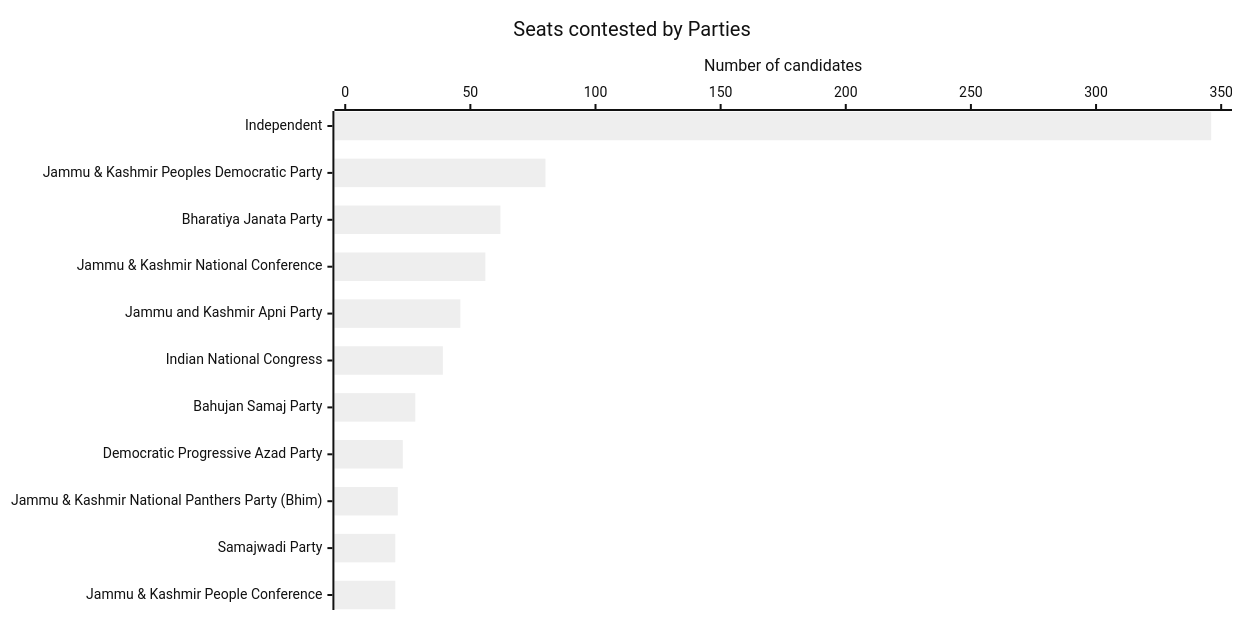
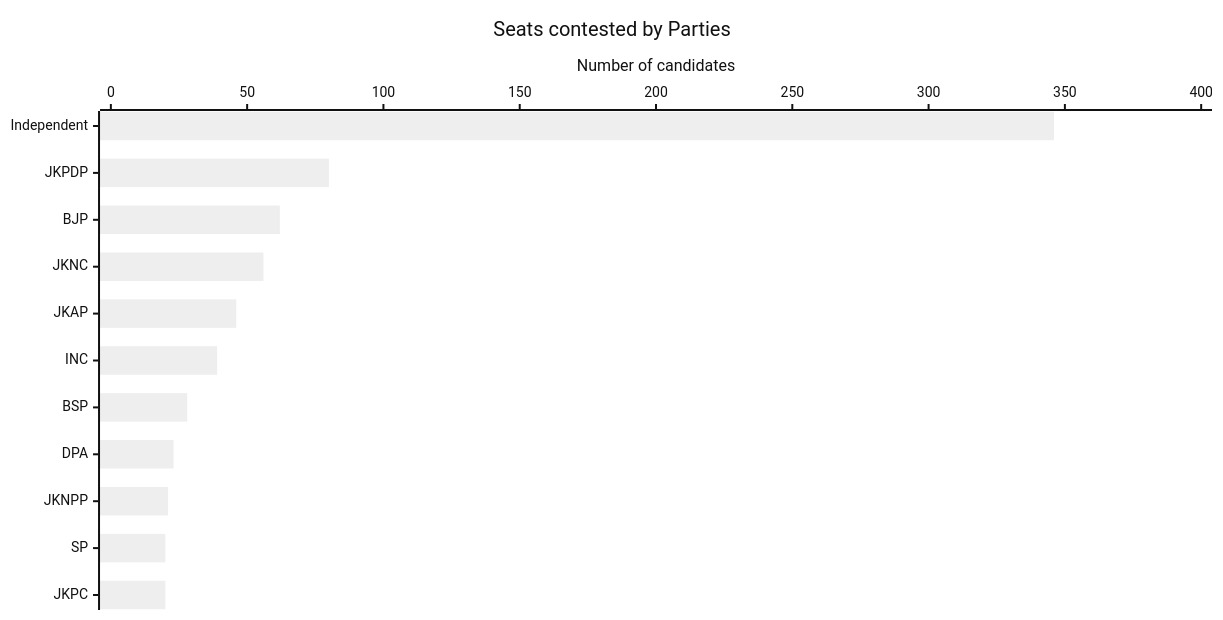
The first of 19 diagrams in J&K-GRAPH.md (arjunswaj/elections), drawn with Mermaid (neutral theme) before and after one commit. The commit also changed other lines of this file, not shown here.

Commit message:
Update the graph titles

````diff
--- a/J&K-GRAPH.md
+++ b/J&K-GRAPH.md
@@ -49,14 +49,14 @@
 ```mermaid
 ---
 config:
     xyChart:
         width: 1200
         height: 600
         chartOrientation: horizontal
 ---
 xychart-beta
     title "Seats contested by Parties"
-    x-axis ["Independent", "Jammu & Kashmir Peoples Democratic Party", "Bharatiya Janata Party", "Jammu & Kashmir National Conference", "Jammu and Kashmir Apni Party", "Indian National Congress", "Bahujan Samaj Party", "Democratic Progressive Azad Party", "Jammu & Kashmir National Panthers Party (Bhim)", "Samajwadi Party", "Jammu & Kashmir People Conference"]
-    y-axis "Number of candidates" 0 --> 350
+    x-axis ["Independent", "JKPDP", "BJP", "JKNC", "JKAP", "INC", "BSP", "DPA", "JKNPP", "SP", "JKPC"]
+    y-axis "Number of candidates" 0 --> 400
     bar [346, 80, 62, 56, 46, 39, 28, 23, 21, 20, 20]
 ```
````
